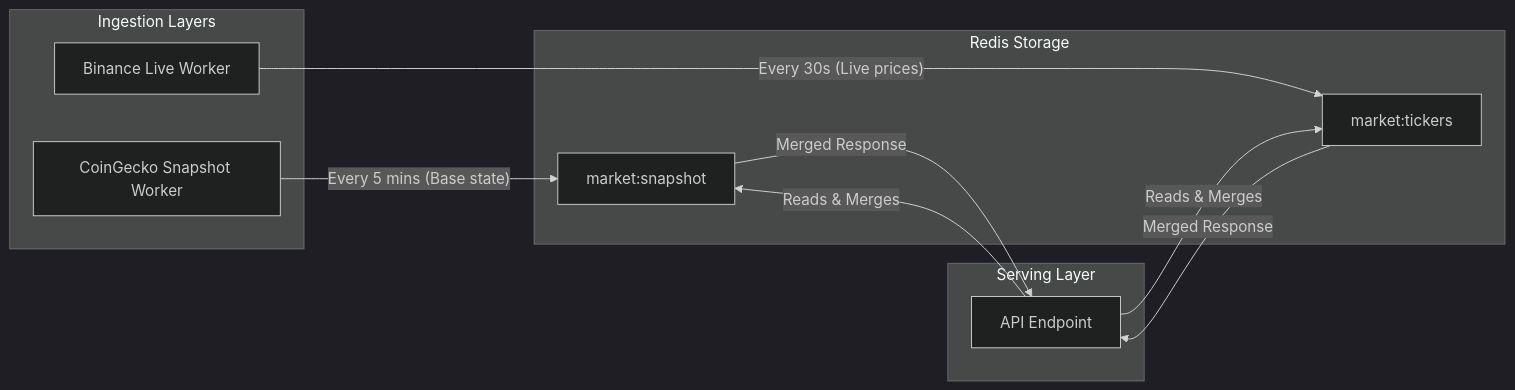
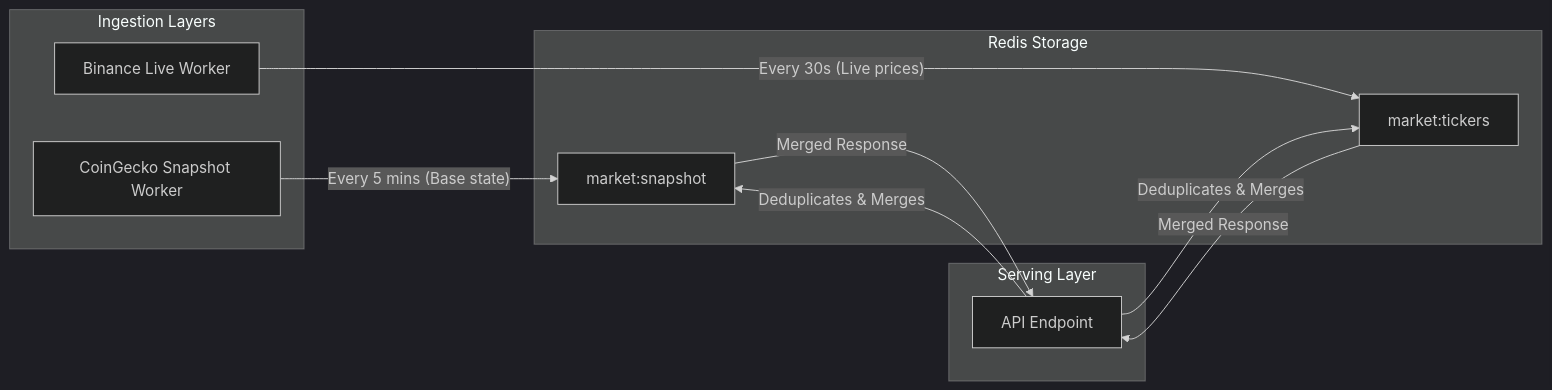
Before and after one commit to cipher-caster/argus: the second of 5 diagrams in docs/DATA_ARCHITECTURE.md, drawn with Mermaid (dark theme). The commit also changed other lines of this file and 8 other files, not shown here.

````diff
--- a/docs/DATA_ARCHITECTURE.md
+++ b/docs/DATA_ARCHITECTURE.md
@@ -65,25 +69,25 @@
 ```mermaid
 graph LR
     subgraph "Ingestion Layers"
         CG[CoinGecko Snapshot Worker]
         BN[Binance Live Worker]
     end
 
     subgraph "Redis Storage"
         Snapshot[market:snapshot]
         Live[market:tickers]
     end
 
     subgraph "Serving Layer"
         API[API Endpoint]
     end
 
     CG --"Every 5 mins (Base state)"--> Snapshot
     BN --"Every 30s (Live prices)"--> Live
 
-    API --"Reads & Merges"--> Snapshot
-    API --"Reads & Merges"--> Live
+    API --"Deduplicates & Merges"--> Snapshot
+    API --"Deduplicates & Merges"--> Live
 
     Snapshot --"Merged Response"--> API
     Live --"Merged Response"--> API
 ```
````
